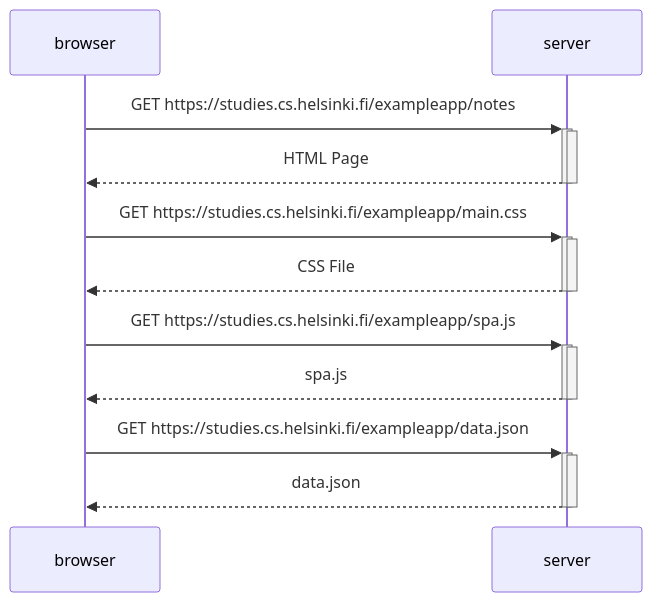
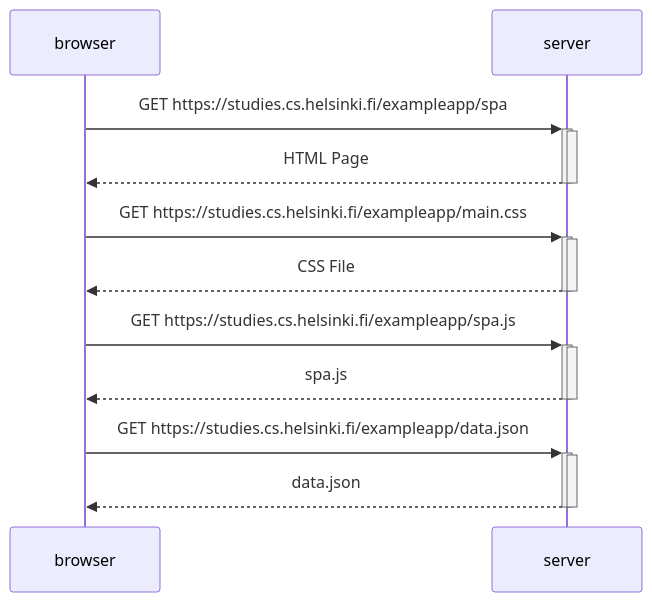
The diagram in osa0/0.5.md (soikarin/fullstackopen), drawn with Mermaid before and after one commit.

Commit message:
fixed first GET

````diff
--- a/osa0/0.5.md
+++ b/osa0/0.5.md
@@ -1,25 +1,25 @@
 ```mermaid
 sequenceDiagram
 	participant browser
 	participant server
 
-	browser->>+server: GET https://studies.cs.helsinki.fi/exampleapp/notes
+	browser->>+server: GET https://studies.cs.helsinki.fi/exampleapp/spa
 	activate server
 	server-->>-browser: HTML Page
 	deactivate server
 
 	browser->>+server: GET https://studies.cs.helsinki.fi/exampleapp/main.css
 	activate server
 	server-->>-browser: CSS File
 	deactivate server
 
 	browser->>+server: GET https://studies.cs.helsinki.fi/exampleapp/spa.js
 	activate server
 	server-->>-browser: spa.js
 	deactivate server
 
 	browser->>+server: GET https://studies.cs.helsinki.fi/exampleapp/data.json
 	activate server
 	server-->>-browser: data.json
 	deactivate server
 ```
````
